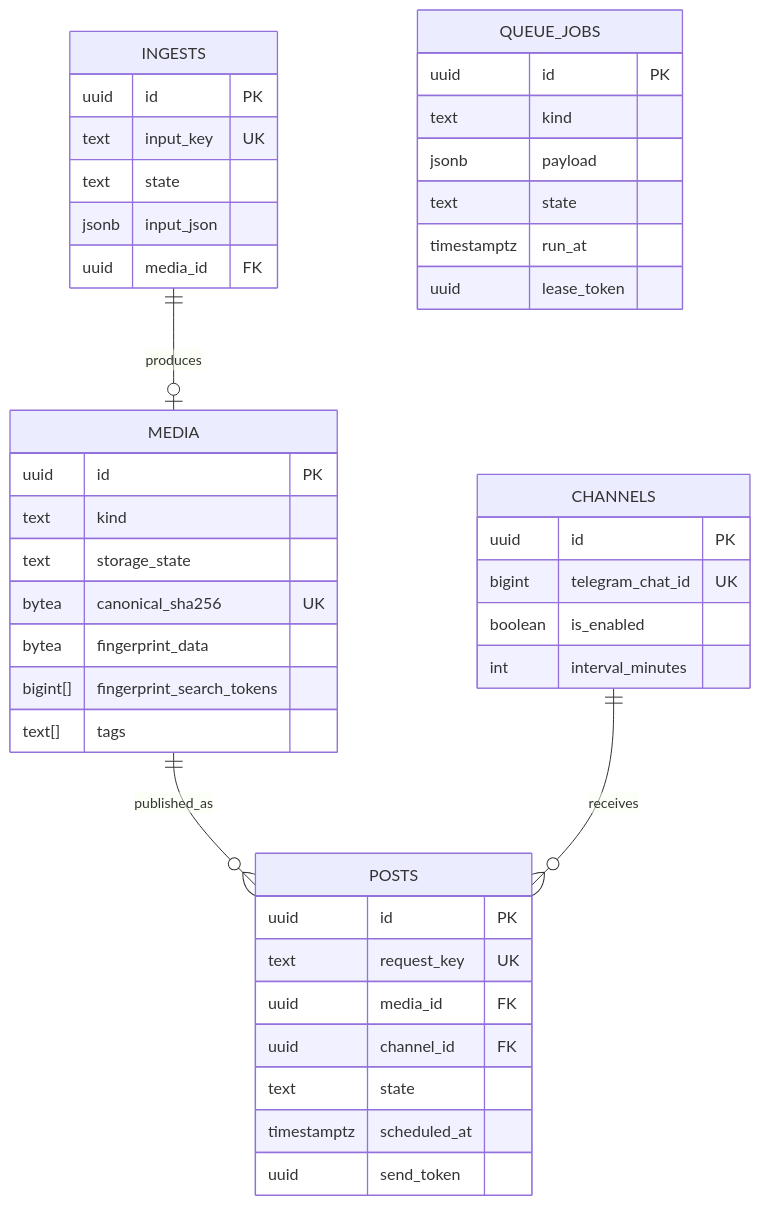
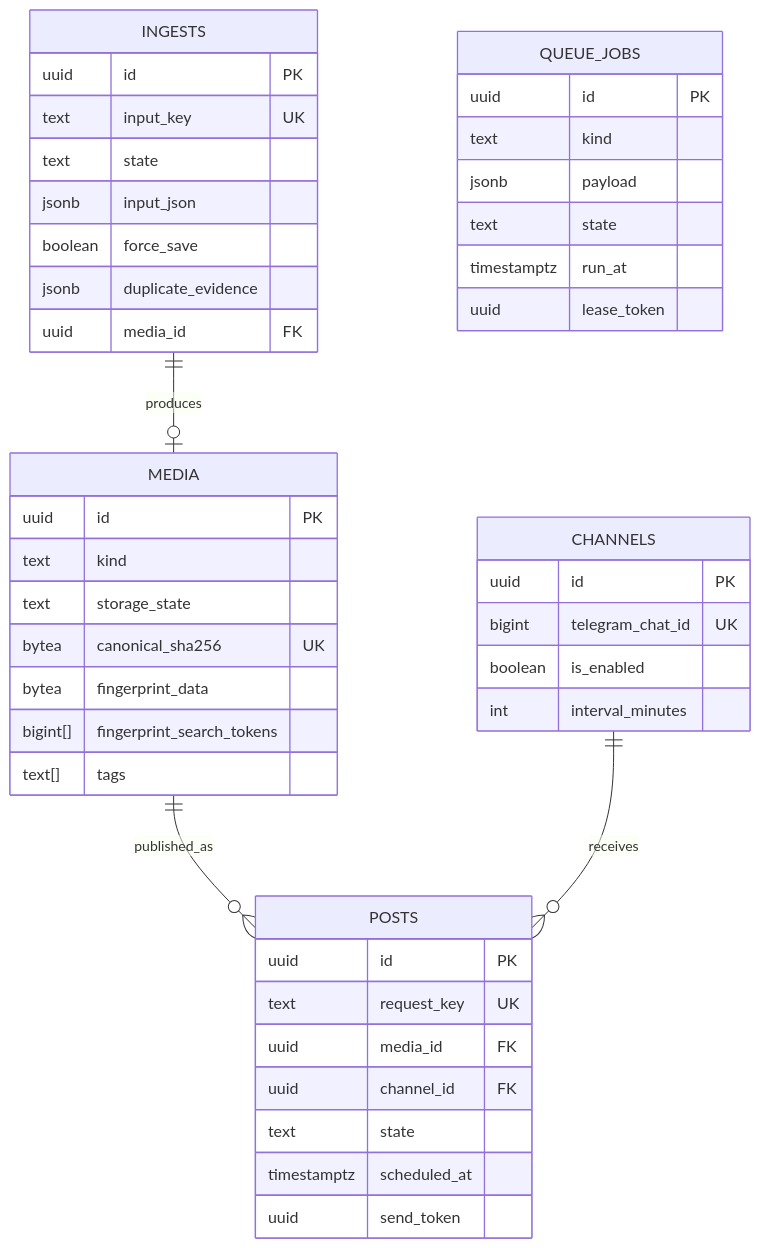
Before and after one commit to godlikedh/sooqa: the first of 2 diagrams in docs/architecture.md, drawn with Mermaid. The commit also changed other lines of this file and 25 other files, not shown here.

````diff
--- a/docs/architecture.md
+++ b/docs/architecture.md
@@ -13,45 +13,47 @@
 ```mermaid
 erDiagram
     INGESTS ||--o| MEDIA : produces
     MEDIA ||--o{ POSTS : published_as
     CHANNELS ||--o{ POSTS : receives
     QUEUE_JOBS {
         uuid id PK
         text kind
         jsonb payload
         text state
         timestamptz run_at
         uuid lease_token
     }
     INGESTS {
         uuid id PK
         text input_key UK
         text state
         jsonb input_json
+        boolean force_save
+        jsonb duplicate_evidence
         uuid media_id FK
     }
     MEDIA {
         uuid id PK
         text kind
         text storage_state
         bytea canonical_sha256 UK
         bytea fingerprint_data
         bigint[] fingerprint_search_tokens
         text[] tags
     }
     CHANNELS {
         uuid id PK
         bigint telegram_chat_id UK
         boolean is_enabled
         int interval_minutes
     }
     POSTS {
         uuid id PK
         text request_key UK
         uuid media_id FK
         uuid channel_id FK
         text state
         timestamptz scheduled_at
         uuid send_token
     }
 ```
````
